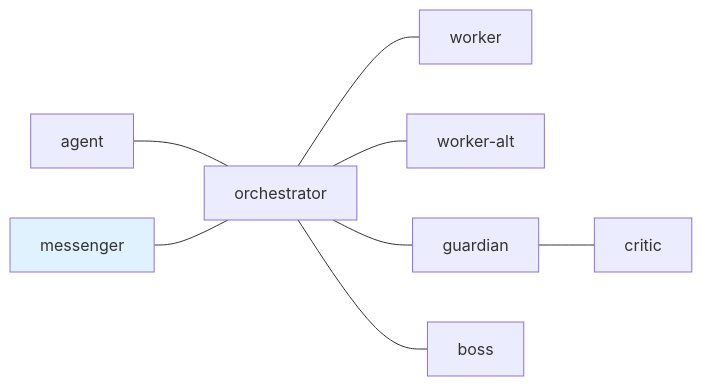
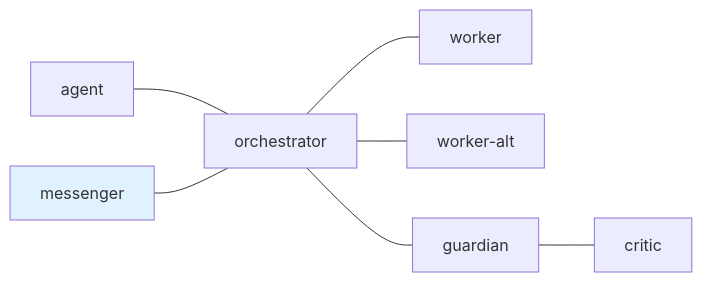
One commit to i9wa4/dotfiles changed the diagram in config/tmux-a2a-postman/postman.md. Above: the diagram before and after it, drawn with Mermaid. The commit also changed other lines of this file and 13 other files, not shown here.

````diff
--- a/config/tmux-a2a-postman/postman.md
+++ b/config/tmux-a2a-postman/postman.md
@@ -15,12 +15,11 @@
 ```mermaid
 graph LR
     agent --- orchestrator
     messenger --- orchestrator
     orchestrator --- worker
     orchestrator --- worker-alt
     orchestrator --- guardian
-    orchestrator --- boss
     guardian --- critic
     class messenger ui_node
     classDef ui_node fill:#e0f2fe
 ```
````
